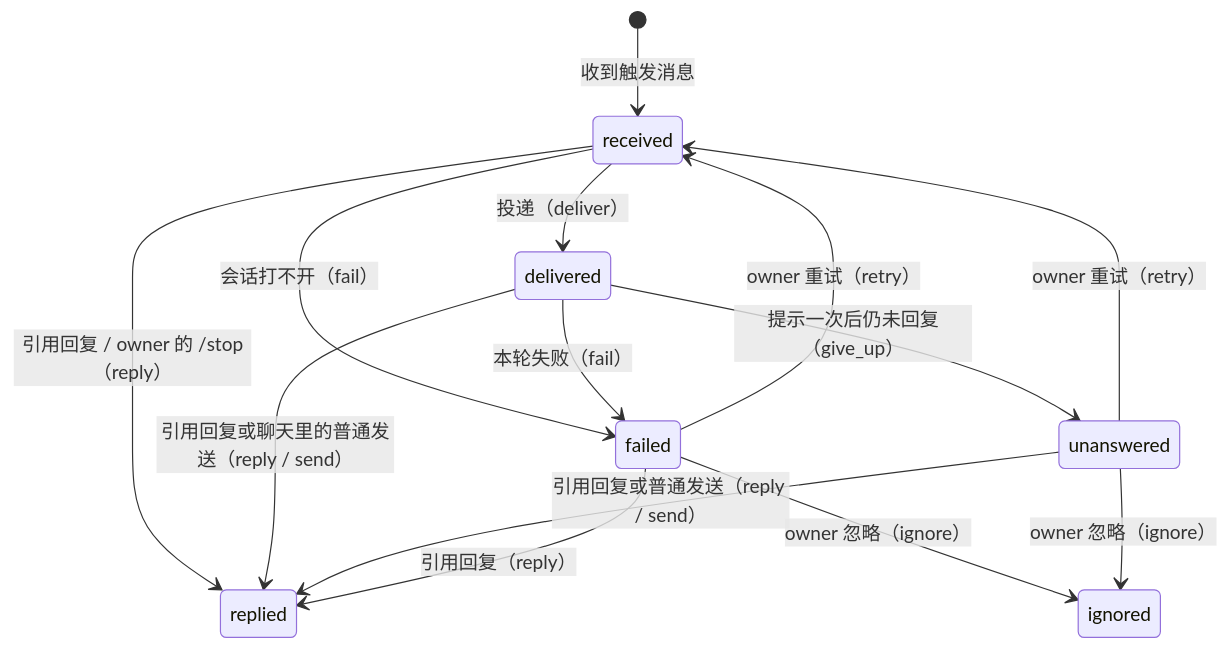
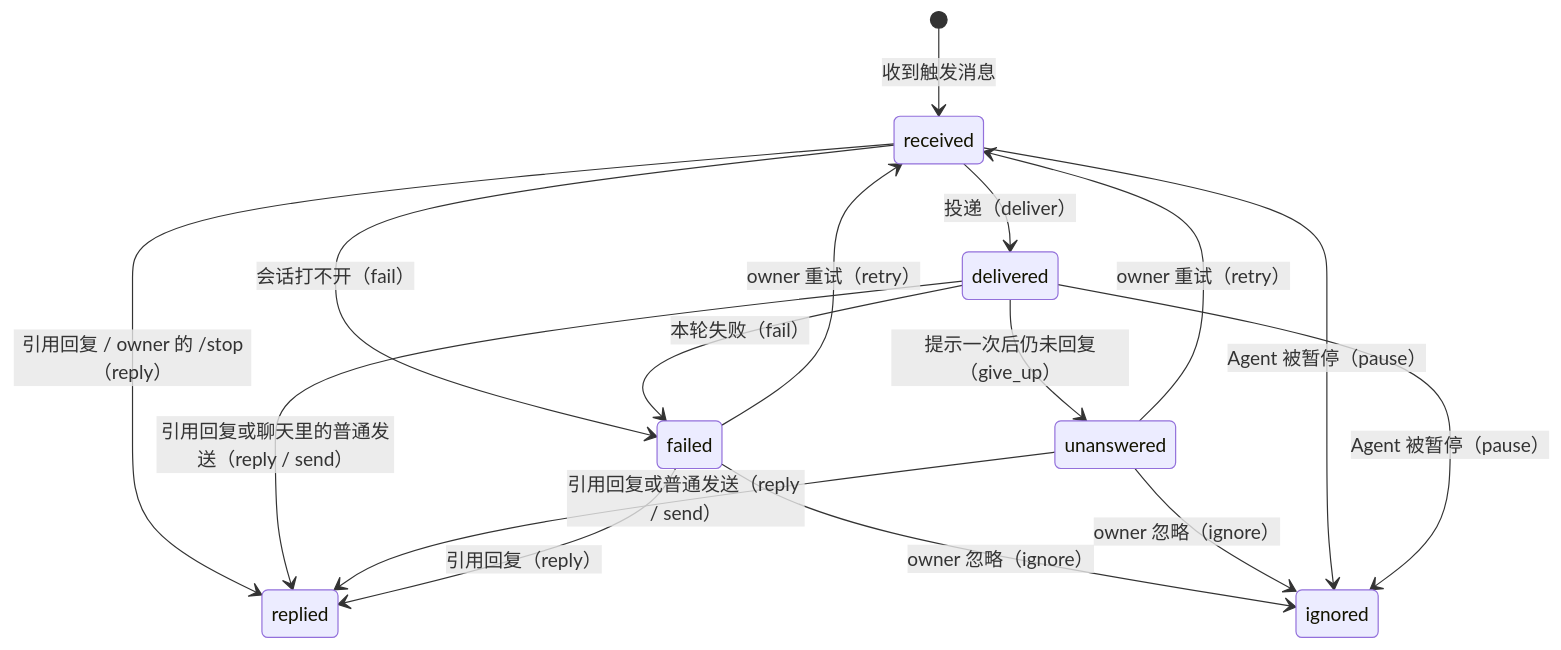
Before and after one commit to earayu/Mingle: the second of 5 diagrams in docs/spec.md, drawn with Mermaid. The commit also changed other lines of this file and 20 other files, not shown here.

````diff
--- a/docs/spec.md
+++ b/docs/spec.md
@@ -212,16 +212,18 @@
 ```mermaid
 stateDiagram-v2
   [*] --> received: 收到触发消息
   received --> delivered: 投递（deliver）
   received --> failed: 会话打不开（fail）
   delivered --> failed: 本轮失败（fail）
   delivered --> unanswered: 提示一次后仍未回复（give_up）
   received --> replied: 引用回复 / owner 的 /stop（reply）
   delivered --> replied: 引用回复或聊天里的普通发送（reply / send）
   unanswered --> replied: 引用回复或普通发送（reply / send）
   failed --> replied: 引用回复（reply）
   failed --> received: owner 重试（retry）
   unanswered --> received: owner 重试（retry）
   failed --> ignored: owner 忽略（ignore）
   unanswered --> ignored: owner 忽略（ignore）
+  received --> ignored: Agent 被暂停（pause）
+  delivered --> ignored: Agent 被暂停（pause）
 ```
````
